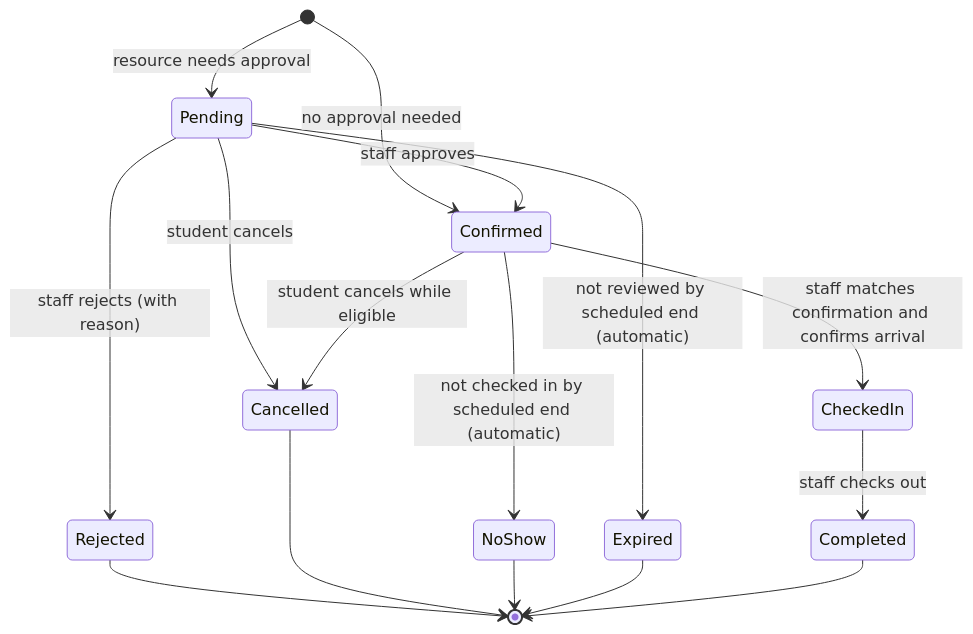
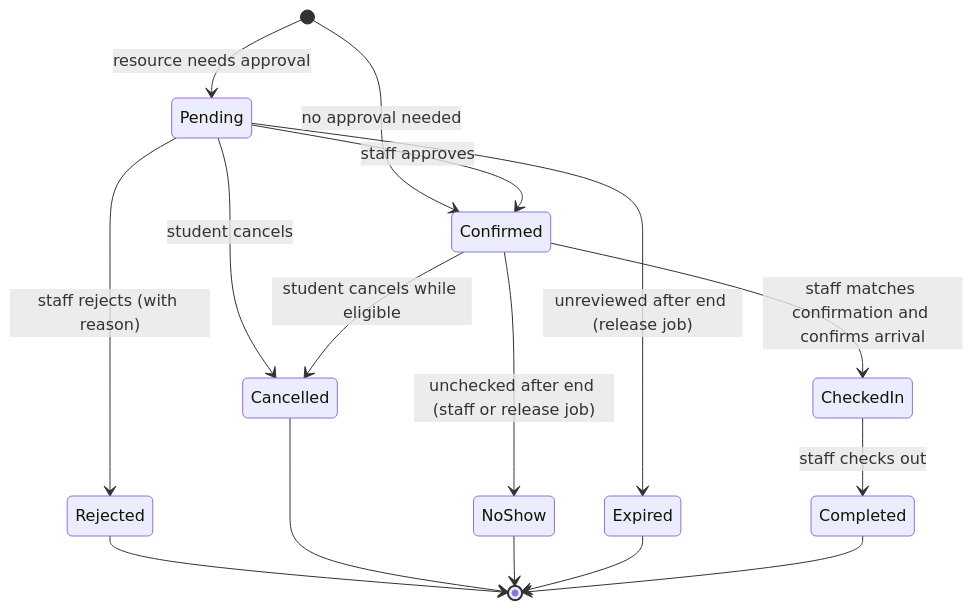
One commit to Nam-Antoine/campus-resource-booking changed the second of 3 diagrams in docs/presentation/1-system-overview.md. Above: the diagram before and after it, drawn with Mermaid. The commit also changed other lines of this file and 11 other files, not shown here.

````diff
--- a/docs/presentation/1-system-overview.md
+++ b/docs/presentation/1-system-overview.md
@@ -71,18 +71,18 @@
 ```mermaid
 stateDiagram-v2
     [*] --> Pending: resource needs approval
     [*] --> Confirmed: no approval needed
     Pending --> Confirmed: staff approves
     Pending --> Rejected: staff rejects (with reason)
     Pending --> Cancelled: student cancels
-    Pending --> Expired: not reviewed by scheduled end (automatic)
+    Pending --> Expired: unreviewed after end (release job)
     Confirmed --> Cancelled: student cancels while eligible
     Confirmed --> CheckedIn: staff matches confirmation and confirms arrival
-    Confirmed --> NoShow: not checked in by scheduled end (automatic)
+    Confirmed --> NoShow: unchecked after end (staff or release job)
     CheckedIn --> Completed: staff checks out
     Rejected --> [*]
     Cancelled --> [*]
     NoShow --> [*]
     Expired --> [*]
     Completed --> [*]
 ```
````
